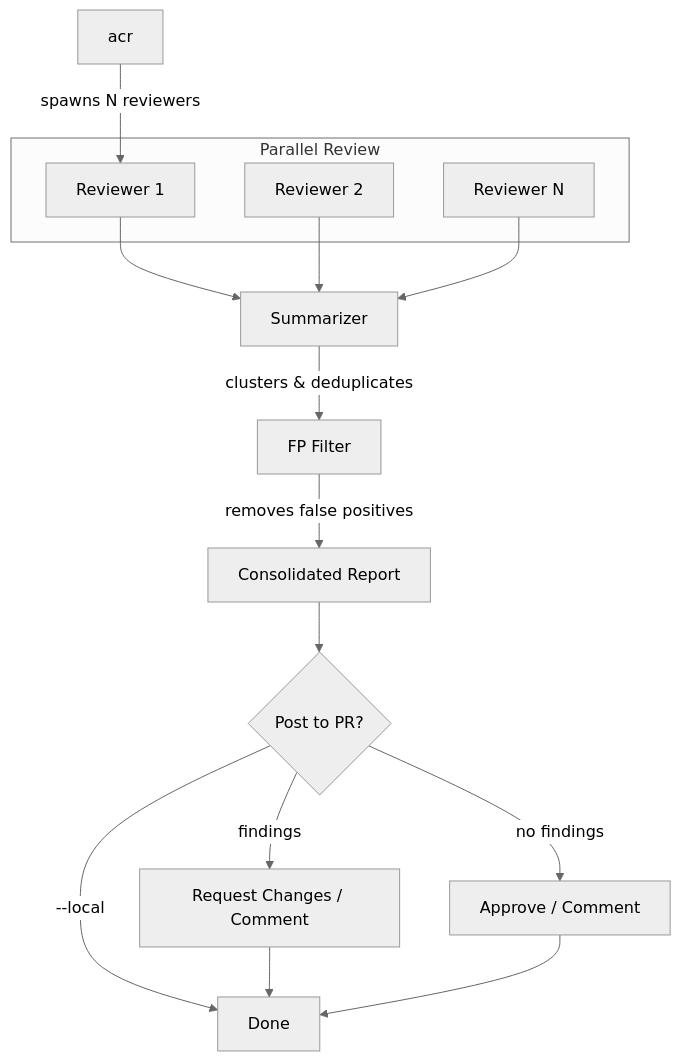
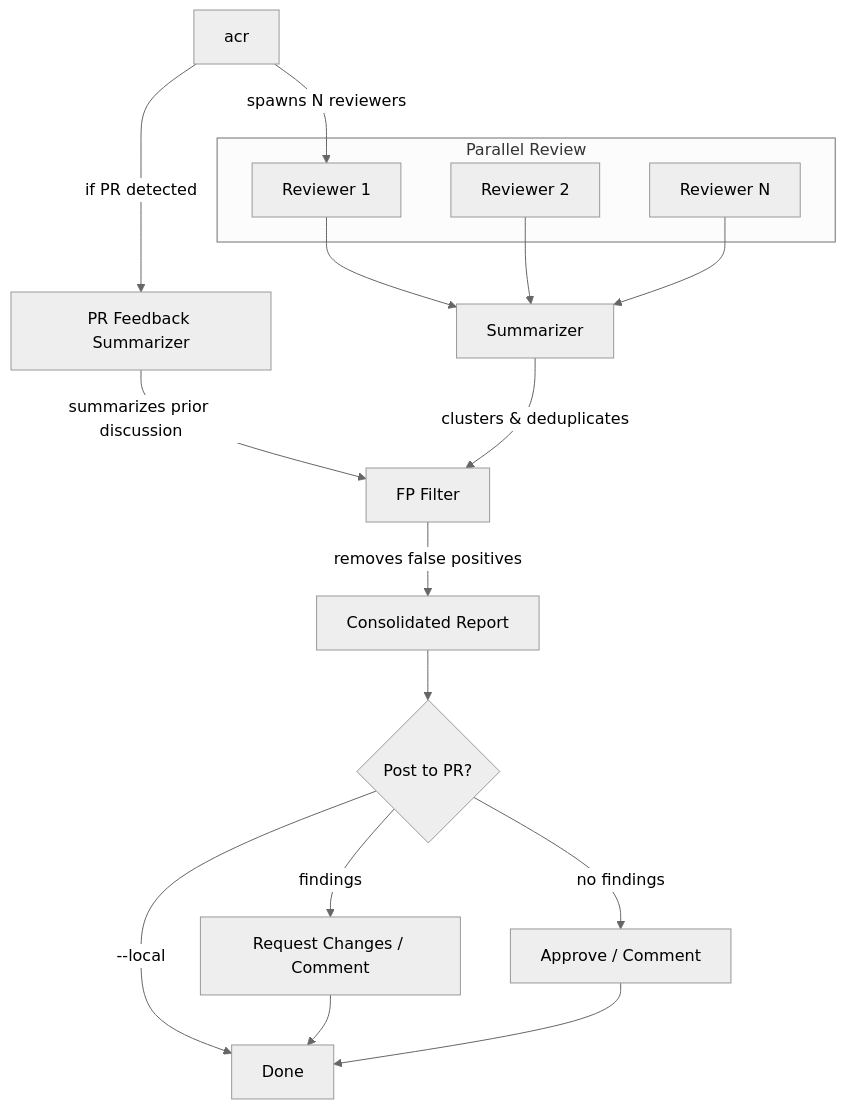
The diagram in README.md (richhaase/agentic-code-reviewer), drawn with Mermaid (neutral theme) before and after one commit. The commit also changed other lines of this file and 14 other files, not shown here.

First line of the commit message:
feat: add PR feedback summarizer for improved FP filtering (#102)

````diff
--- a/README.md
+++ b/README.md
@@ -39,18 +39,20 @@
 ```mermaid
 graph TD
     A[acr] -->|spawns N reviewers| B
     subgraph Parallel Review
         B[Reviewer 1]
         C[Reviewer 2]
         D[Reviewer N]
     end
+    A -->|if PR detected| P[PR Feedback Summarizer]
+    P -->|summarizes prior discussion| F
     B & C & D --> E[Summarizer]
     E -->|clusters & deduplicates| F[FP Filter]
     F -->|removes false positives| G[Consolidated Report]
     G --> H{Post to PR?}
     H -->|--local| I[Done]
     H -->|findings| J[Request Changes / Comment]
     H -->|no findings| K[Approve / Comment]
     J --> I
     K --> I
 ```
````
